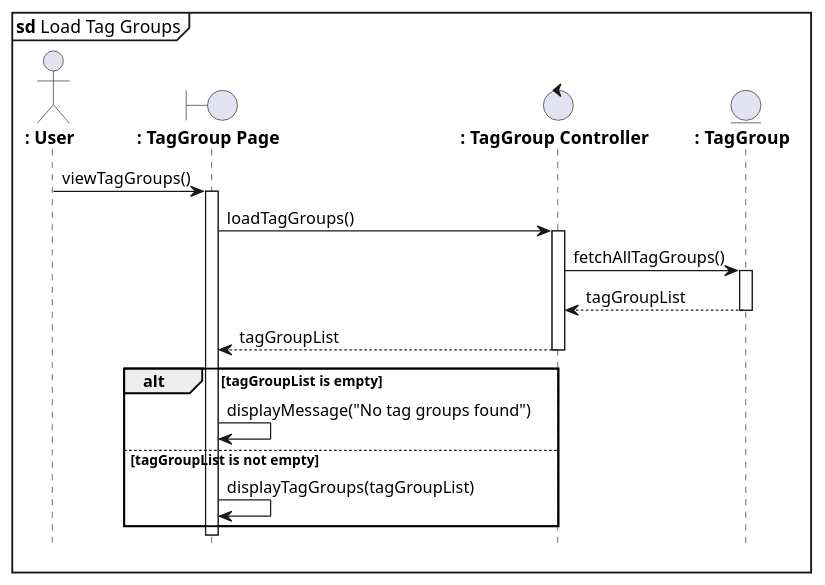
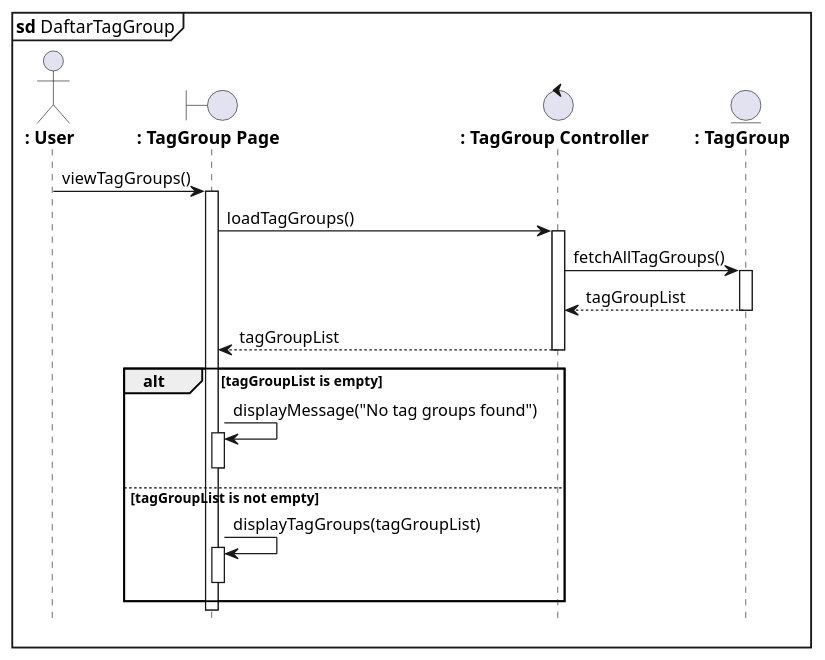
Before and after one commit to azrappp/learning_uml2.0_pmul: the diagram in daftar_grubtag.puml, drawn with PlantUML. The commit also changed 24 other files, not shown here.

```diff
--- a/daftar_grubtag.puml
+++ b/daftar_grubtag.puml
@@ -1,36 +1,40 @@
 @startuml
-mainframe **sd** Load Tag Groups
+mainframe **sd** DaftarTagGroup
 hide footbox
 
 actor "**: User**" as User
 boundary "**: TagGroup Page**" as TagGroupManagementPage
 control "**: TagGroup Controller**" as TagGroupController
 entity "**: TagGroup**" as TagGroupRepository
 
 ' --- PANAH YANG DITAMBAHKAN ---
 ' Sesuai Rule 1, Aktor mengirim pesan ke Boundary
 User -> TagGroupManagementPage : viewTagGroups()
 activate TagGroupManagementPage
 
 ' Alur sisa berlanjut seperti sebelumnya
 TagGroupManagementPage -> TagGroupController : loadTagGroups()
 activate TagGroupController
 
 TagGroupController -> TagGroupRepository : fetchAllTagGroups()
 activate TagGroupRepository
 
 TagGroupRepository --> TagGroupController : tagGroupList
 deactivate TagGroupRepository
 
 TagGroupController --> TagGroupManagementPage : tagGroupList
 deactivate TagGroupController
 
 alt tagGroupList is empty
     TagGroupManagementPage -> TagGroupManagementPage : displayMessage("No tag groups found")
+    activate TagGroupManagementPage
+    deactivate TagGroupManagementPage
 else tagGroupList is not empty
     TagGroupManagementPage -> TagGroupManagementPage : displayTagGroups(tagGroupList)
+    activate TagGroupManagementPage
+    deactivate TagGroupManagementPage
 end
 
 deactivate TagGroupManagementPage
 
 @enduml
```
